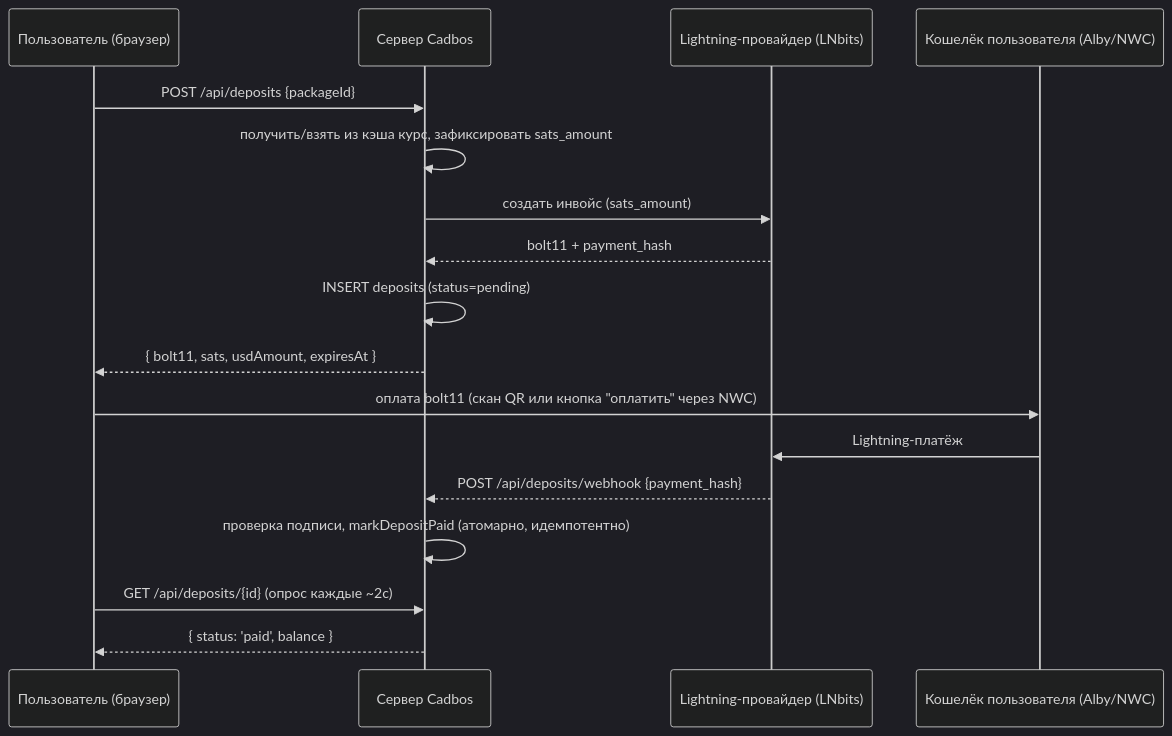
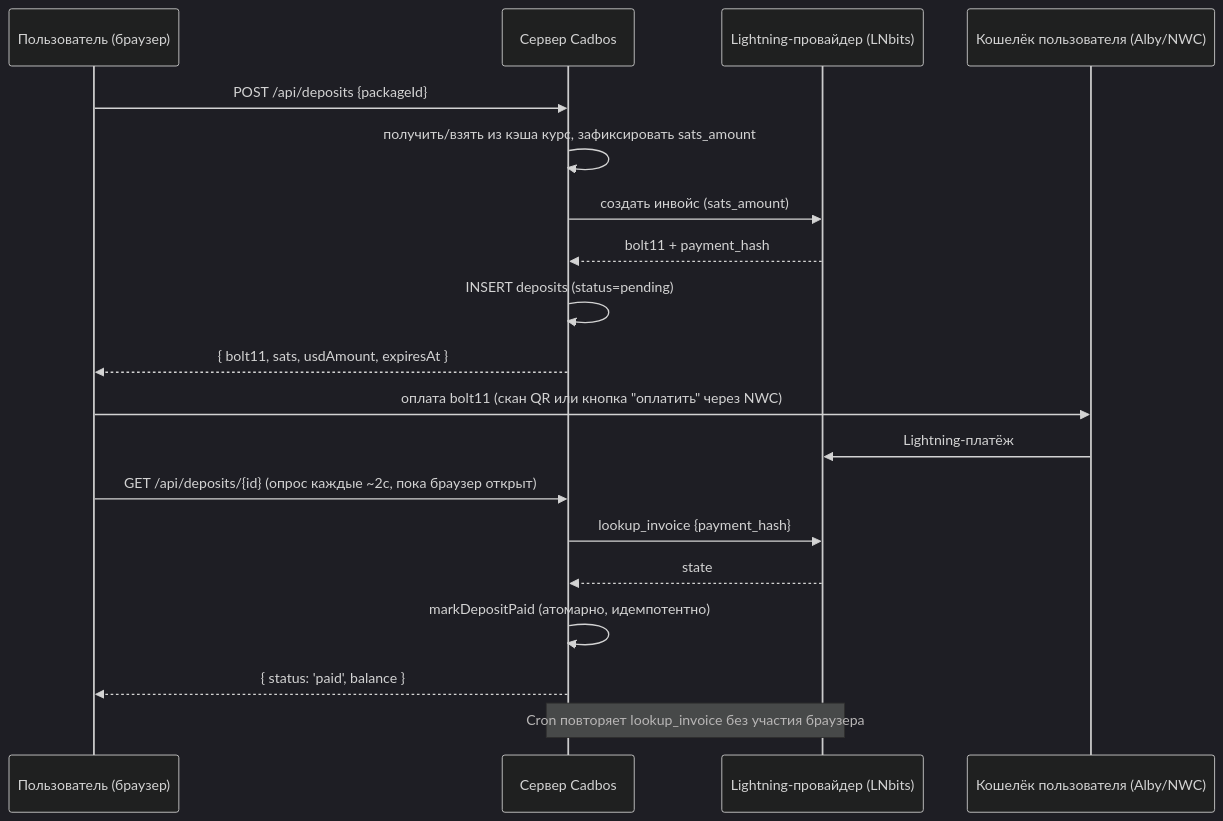
The diagram in payments-lightning-sats.md (cadbos/CadbosUI), drawn with Mermaid (dark theme) before and after one commit. The commit also changed other lines of this file and 14 other files, not shown here.

````diff
--- a/payments-lightning-sats.md
+++ b/payments-lightning-sats.md
@@ -180,20 +192,22 @@
 ```mermaid
 sequenceDiagram
     participant U as Пользователь (браузер)
     participant C as Сервер Cadbos
     participant LN as Lightning-провайдер (LNbits)
     participant W as Кошелёк пользователя (Alby/NWC)
 
     U->>C: POST /api/deposits {packageId}
     C->>C: получить/взять из кэша курс, зафиксировать sats_amount
     C->>LN: создать инвойс (sats_amount)
     LN-->>C: bolt11 + payment_hash
     C->>C: INSERT deposits (status=pending)
     C-->>U: { bolt11, sats, usdAmount, expiresAt }
     U->>W: оплата bolt11 (скан QR или кнопка "оплатить" через NWC)
     W->>LN: Lightning-платёж
-    LN-->>C: POST /api/deposits/webhook {payment_hash}
-    C->>C: проверка подписи, markDepositPaid (атомарно, идемпотентно)
-    U->>C: GET /api/deposits/{id} (опрос каждые ~2с)
+    U->>C: GET /api/deposits/{id} (опрос каждые ~2с, пока браузер открыт)
+    C->>LN: lookup_invoice {payment_hash}
+    LN-->>C: state
+    C->>C: markDepositPaid (атомарно, идемпотентно)
     C-->>U: { status: 'paid', balance }
+    Note over C,LN: Cron повторяет lookup_invoice без участия браузера
 ```
````
